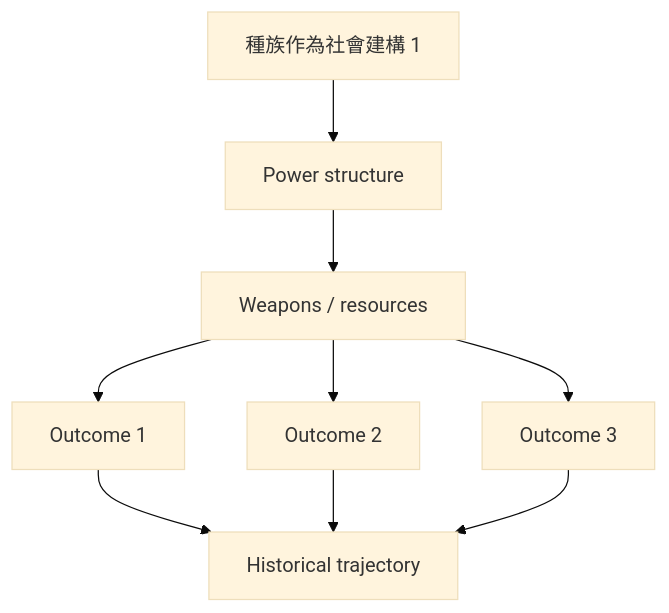
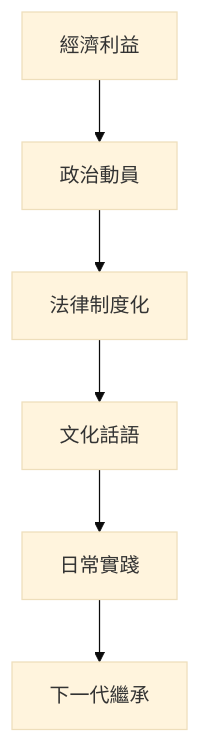
Before and after one commit to yip-lgtm/HKU-Harvard-History-Self-Study: the first of 6 diagrams in 01_HKU_Courses/HIST2161_Making_Race.md, drawn with Mermaid (base theme). The commit also changed other lines of this file and 48 other files, not shown here.

````diff
--- a/01_HKU_Courses/HIST2161_Making_Race.md
+++ b/01_HKU_Courses/HIST2161_Making_Race.md
@@ -107,11 +88,8 @@
 ```mermaid
-graph TD
-    A[種族作為社會建構 1] --> B[Power structure]
-    B --> C[Weapons / resources]
-    C --> D[Outcome 1]
-    C --> E[Outcome 2]
-    C --> F[Outcome 3]
-    D --> G[Historical trajectory]
-    E --> G
-    F --> G
+flowchart TD
+    A[經濟利益] --> B[政治動員]
+    B --> C[法律制度化]
+    C --> D[文化話語]
+    D --> E[日常實踐]
+    E --> F[下一代繼承]
 ```
````
